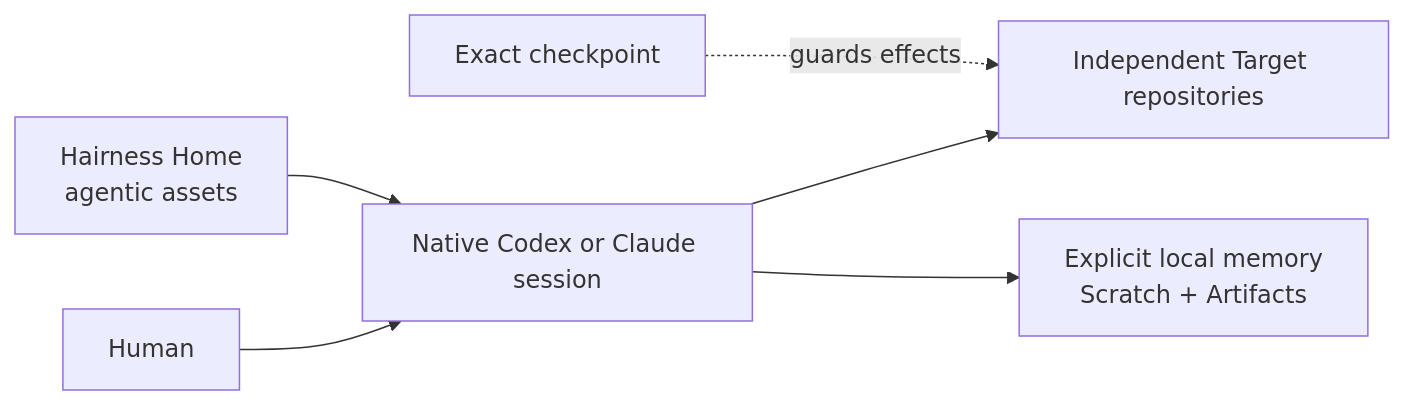
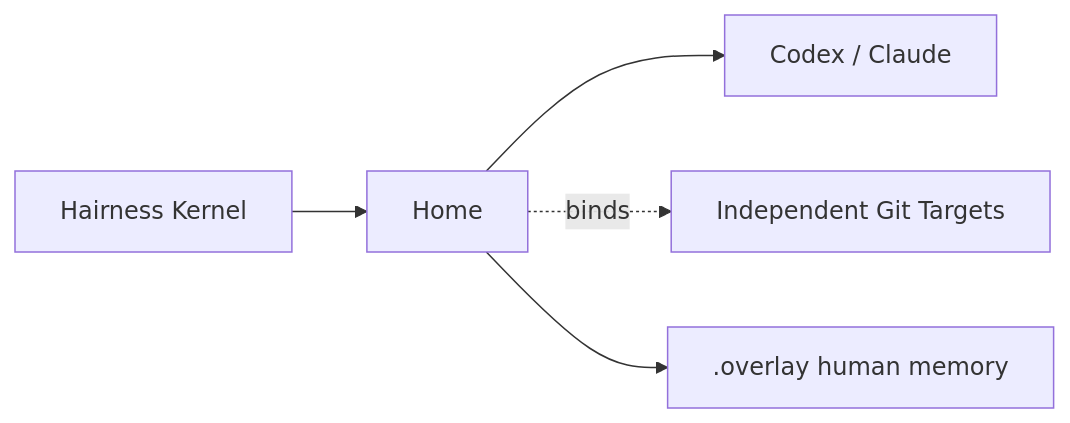
Before and after one commit to thevzion/hairness: the diagram in README.md, drawn with Mermaid. The commit also changed other lines of this file and 111 other files, not shown here.

Commit message:
feat: reset hairness as agent workspace kernel

````diff
--- a/README.md
+++ b/README.md
@@ -50,8 +32,7 @@
 ```mermaid
 flowchart LR
-  human["Human"] --> provider["Native Codex or Claude session"]
-  home["Hairness Home\nagentic assets"] --> provider
-  provider --> target["Independent Target repositories"]
-  provider --> overlay["Explicit local memory\nScratch + Artifacts"]
-  checkpoint["Exact checkpoint"] -. "guards effects" .-> target
+  K["Hairness Kernel"] --> H["Home"]
+  H --> A["Codex / Claude"]
+  H -. binds .-> T["Independent Git Targets"]
+  H --> O[".overlay human memory"]
 ```
````
